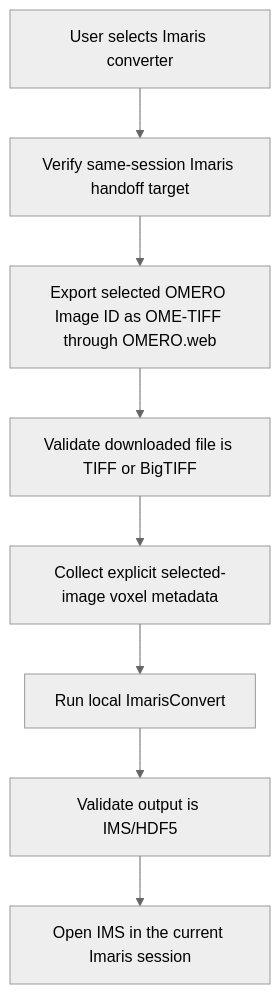
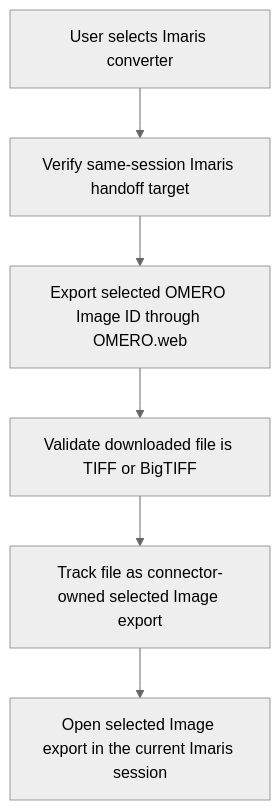
Before and after one commit to ZMB-UZH/omero-docker-extended: the fifth of 7 diagrams in docs/plugins/imaris-connector-workflow.md, drawn with Mermaid (neutral theme). The commit also changed other lines of this file and 8 other files, not shown here.

First line of the commit message:
Simplify Imaris selected-image handoff

````diff
--- a/docs/plugins/imaris-connector-workflow.md
+++ b/docs/plugins/imaris-connector-workflow.md
@@ -187,10 +167,8 @@
 ```mermaid
 flowchart TD
     A[User selects Imaris converter] --> B[Verify same-session Imaris handoff target]
-    B --> C[Export selected OMERO Image ID as OME-TIFF through OMERO.web]
+    B --> C[Export selected OMERO Image ID through OMERO.web]
     C --> D[Validate downloaded file is TIFF or BigTIFF]
-    D --> E[Collect explicit selected-image voxel metadata]
-    E --> F[Run local ImarisConvert]
-    F --> G[Validate output is IMS/HDF5]
-    G --> H[Open IMS in the current Imaris session]
+    D --> E[Track file as connector-owned selected Image export]
+    E --> F[Open selected Image export in the current Imaris session]
 ```
````
